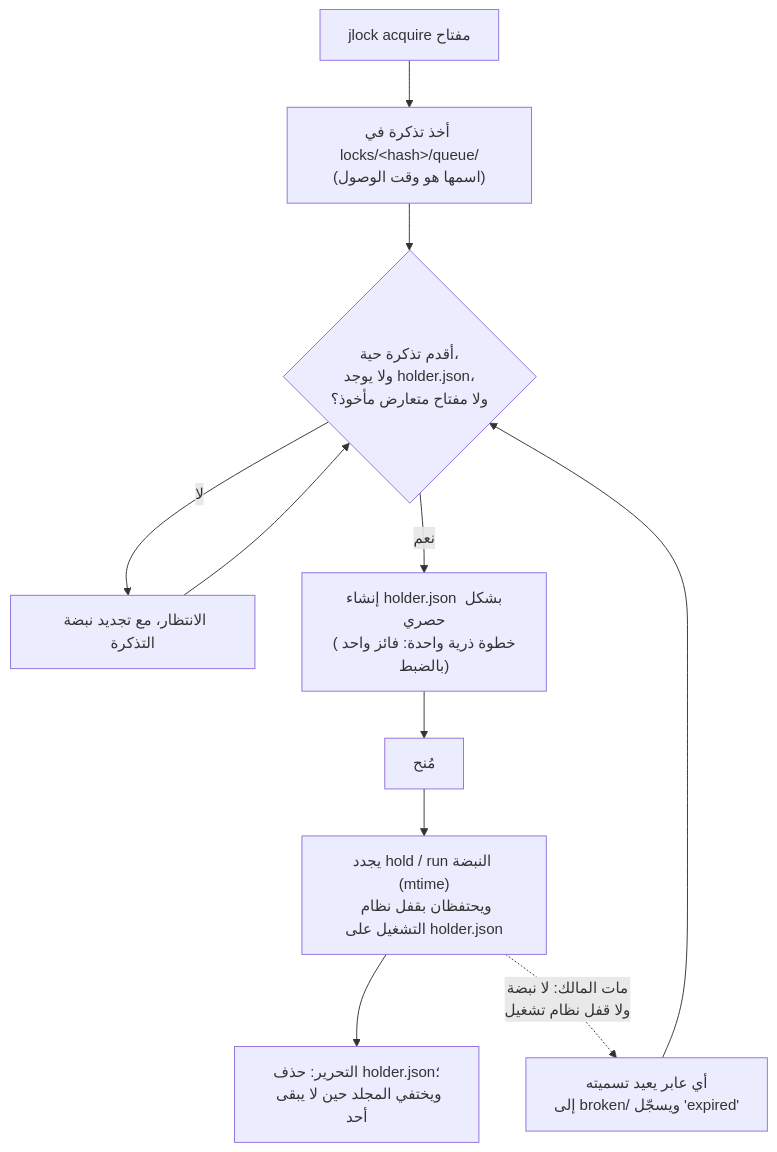
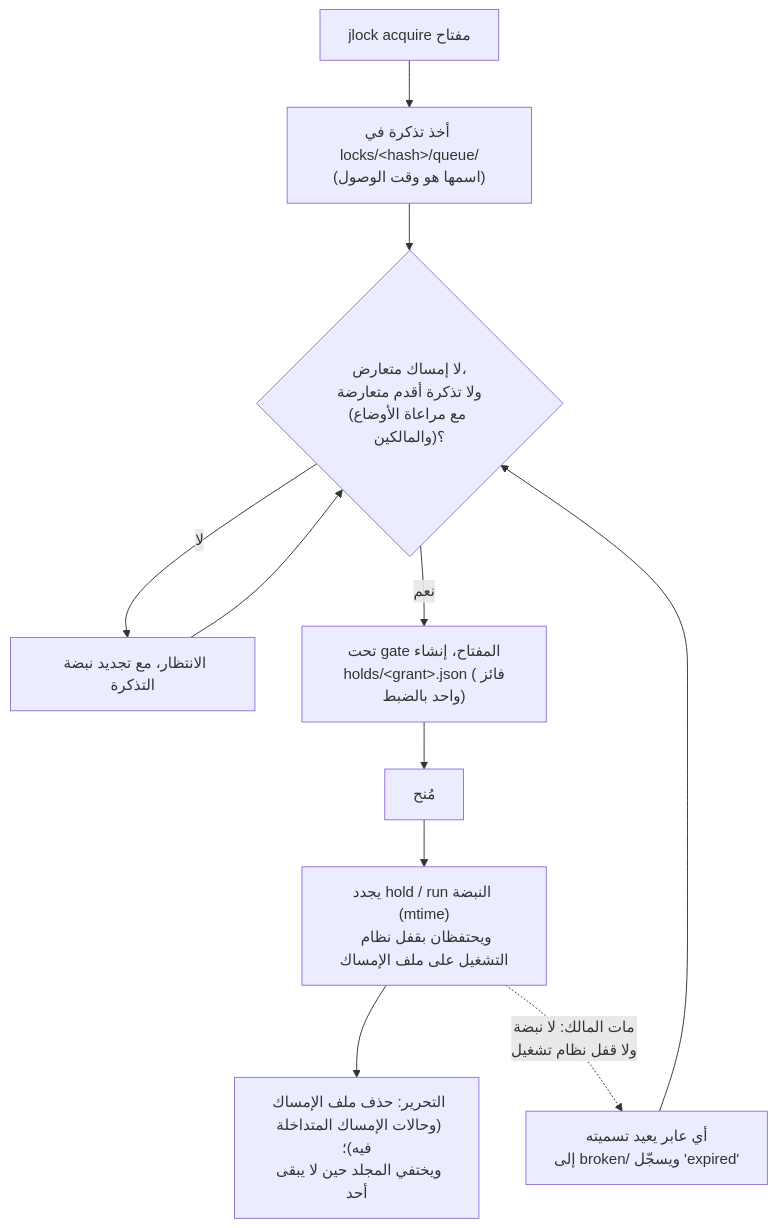
The diagram in README.ar.md (rodrigojager/jlock), drawn with Mermaid before and after one commit. The commit also changed other lines of this file and 10 other files, not shown here.

````diff
--- a/README.ar.md
+++ b/README.ar.md
@@ -259,12 +304,12 @@
 ```mermaid
 flowchart TD
     A["jlock acquire مفتاح"] --> B["أخذ تذكرة في locks/&lt;hash&gt;/queue/<br/>(اسمها هو وقت الوصول)"]
-    B --> C{"أقدم تذكرة حية،<br/>ولا يوجد holder.json،<br/>ولا مفتاح متعارض مأخوذ؟"}
+    B --> C{"لا إمساك متعارض،<br/>ولا تذكرة أقدم متعارضة<br/>(مع مراعاة الأوضاع والمالكين)؟"}
     C -- لا --> W["الانتظار، مع تجديد نبضة التذكرة"] --> C
-    C -- نعم --> D["إنشاء holder.json بشكل حصري<br/>(خطوة ذرية واحدة: فائز واحد بالضبط)"]
+    C -- نعم --> D["تحت gate المفتاح، إنشاء<br/>holds/&lt;grant&gt;.json (فائز واحد بالضبط)"]
     D --> E["مُنح"]
-    E --> H["يجدد hold / run النبضة (mtime)<br/>ويحتفظان بقفل نظام التشغيل على holder.json"]
-    H --> R["التحرير: حذف holder.json؛<br/>ويختفي المجلد حين لا يبقى أحد"]
+    E --> H["يجدد hold / run النبضة (mtime)<br/>ويحتفظان بقفل نظام التشغيل على ملف الإمساك"]
+    H --> R["التحرير: حذف ملف الإمساك (وحالات الإمساك المتداخلة فيه)؛<br/>ويختفي المجلد حين لا يبقى أحد"]
     H -. "مات المالك: لا نبضة<br/>ولا قفل نظام تشغيل" .-> X["أي عابر يعيد تسميته<br/>إلى broken/ ويسجّل 'expired'"]
     X --> C
 ```
````
